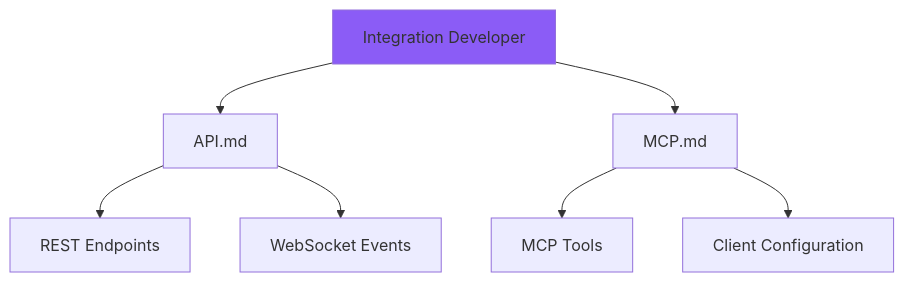
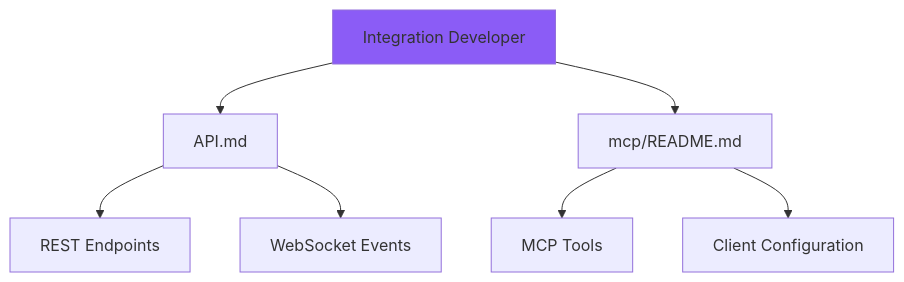
One commit to buluma/Code-Agent-Monitor changed the sixth of 14 diagrams in docs/README.md. Above: the diagram before and after it, drawn with Mermaid. The commit also changed other lines of this file and 9 other files, not shown here.

````diff
--- a/docs/README.md
+++ b/docs/README.md
@@ -171,12 +171,12 @@
 ```mermaid
 graph TB
     Integration[Integration Developer] --> API[API.md]
     API --> REST[REST Endpoints]
     API --> WebSocket[WebSocket Events]
     
-    Integration --> MCP[MCP.md]
+    Integration --> MCP[mcp/README.md]
     MCP --> Tools[MCP Tools]
     MCP --> Config[Client Configuration]
     
     style Integration fill:#8B5CF6
 ```
````
